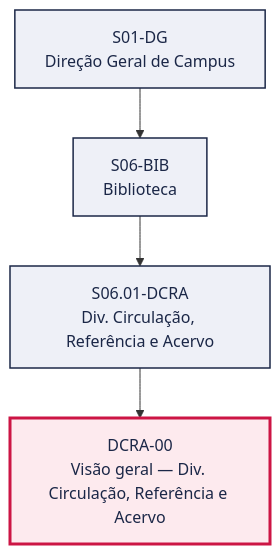
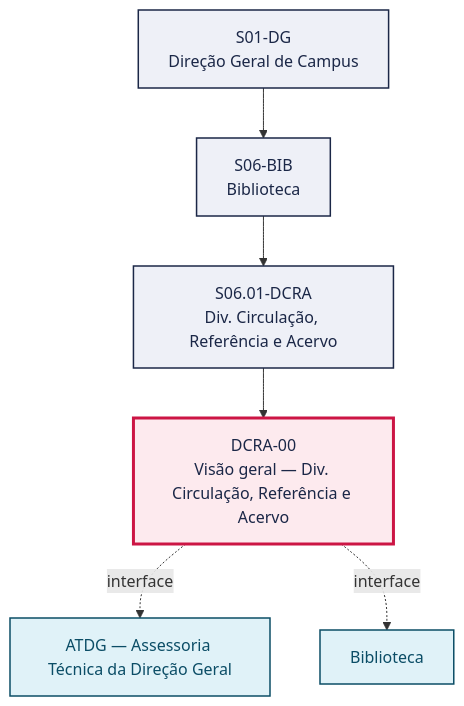
The first of 2 diagrams in pops/DCRA/DCRA-00.md (jessefers/canvas-vivo-atdg), drawn with Mermaid before and after one commit. The commit also changed other lines of this file and 20 other files, not shown here.

````diff
--- a/pops/DCRA/DCRA-00.md
+++ b/pops/DCRA/DCRA-00.md
@@ -49,15 +49,20 @@
 ```mermaid
 graph TD
   S01_DG["S01-DG<br/>Direção Geral de Campus"]
   S06_BIB["S06-BIB<br/>Biblioteca"]
   S01_DG --> S06_BIB
   S06_01_DCRA["S06.01-DCRA<br/>Div. Circulação, Referência e Acervo"]
   S06_BIB --> S06_01_DCRA
   P["DCRA-00<br/>Visão geral — Div. Circulação, Referência e Acervo"]
   S06_01_DCRA --> P
+  V1["ATDG — Assessoria Técnica da Direção Geral"]
+  P -. interface .-> V1
+  V2["Biblioteca"]
+  P -. interface .-> V2
   classDef setor fill:#EEF0F7,stroke:#1B2747,stroke-width:1.5px,color:#1B2747
   classDef destaque fill:#FDEAEE,stroke:#CC1544,stroke-width:3px,color:#1B2747
   classDef vizinho fill:#E0F2F8,stroke:#0B4D66,stroke-width:1.5px,color:#0B4D66
   class S01_DG,S06_BIB,S06_01_DCRA setor
   class P destaque
+  class V1,V2 vizinho
 ```
````
